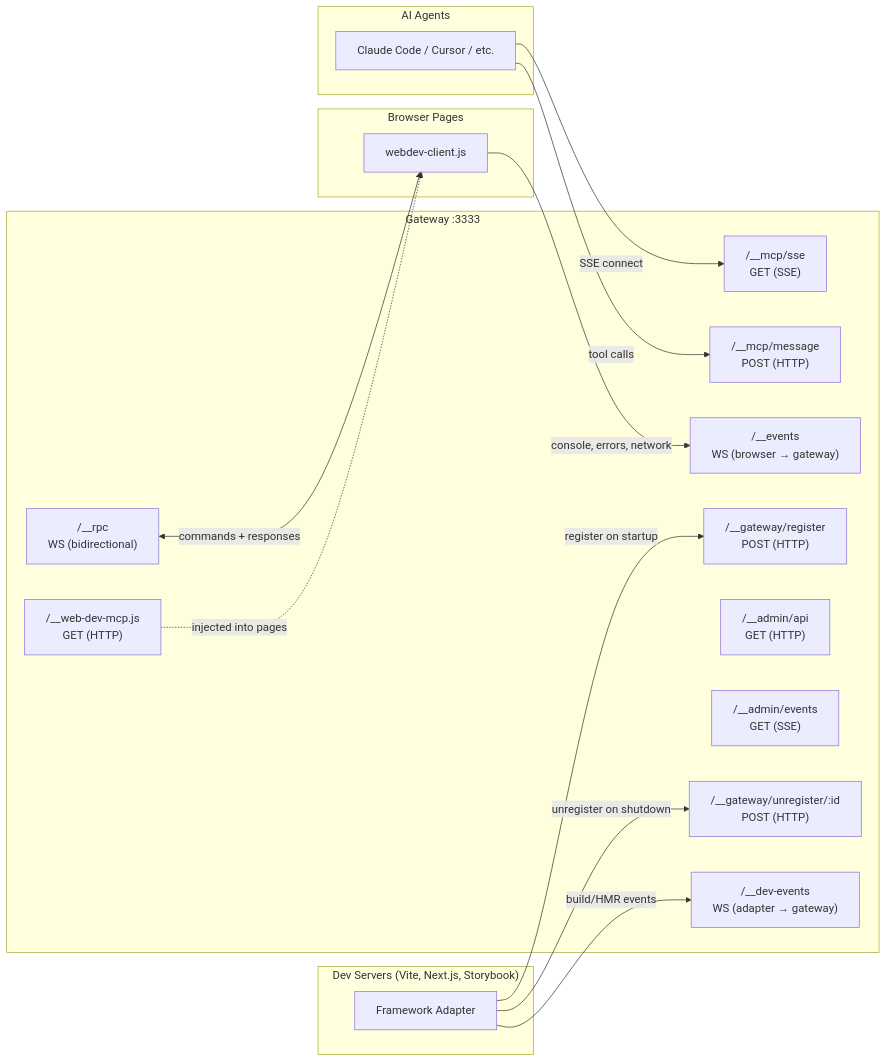
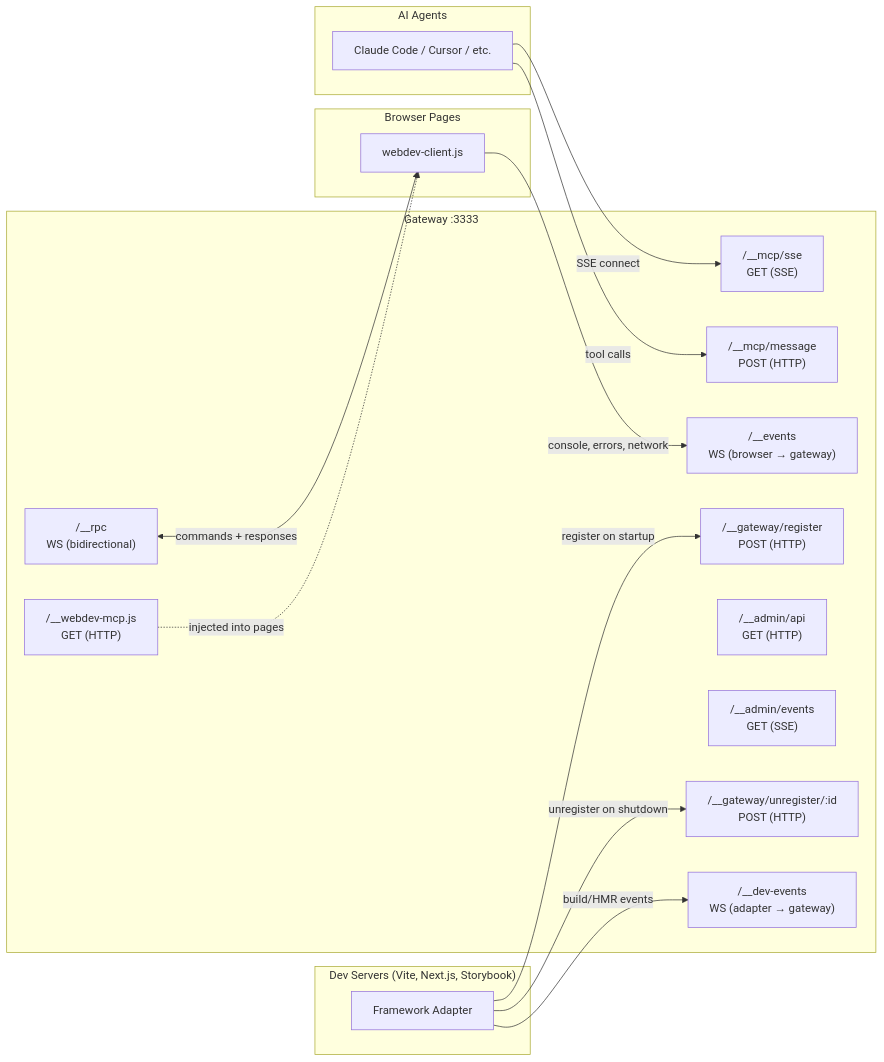
One commit to WinstonFassett/webdev-ai changed the third of 8 diagrams in docs/architecture.md. Above: the diagram before and after it, drawn with Mermaid. The commit also changed other lines of this file and 16 other files, not shown here.

Commit message:
fix: update references from web-dev-mcp to webdev-mcp across documentation and code

````diff
--- a/docs/architecture.md
+++ b/docs/architecture.md
@@ -104,41 +104,41 @@
 ```mermaid
 graph LR
     subgraph "Dev Servers (Vite, Next.js, Storybook)"
         ADAPTER["Framework Adapter"]
     end
 
     subgraph "Gateway :3333"
         REG["/__gateway/register<br/>POST (HTTP)"]
         UNREG["/__gateway/unregister/:id<br/>POST (HTTP)"]
         EVENTS_WS["/__events<br/>WS (browser → gateway)"]
         DEV_WS["/__dev-events<br/>WS (adapter → gateway)"]
         RPC_WS["/__rpc<br/>WS (bidirectional)"]
         ADMIN_API["/__admin/api<br/>GET (HTTP)"]
         ADMIN_SSE["/__admin/events<br/>GET (SSE)"]
         MCP_SSE["/__mcp/sse<br/>GET (SSE)"]
         MCP_MSG["/__mcp/message<br/>POST (HTTP)"]
-        CLIENT_JS["/__web-dev-mcp.js<br/>GET (HTTP)"]
+        CLIENT_JS["/__webdev-mcp.js<br/>GET (HTTP)"]
     end
 
     subgraph "Browser Pages"
         CLIENT["webdev-client.js"]
     end
 
     subgraph "AI Agents"
         AGENT["Claude Code / Cursor / etc."]
     end
 
     %% Adapter registration
     ADAPTER -->|"register on startup"| REG
     ADAPTER -->|"unregister on shutdown"| UNREG
     ADAPTER -->|"build/HMR events"| DEV_WS
 
     %% Browser connections
     CLIENT -->|"console, errors, network"| EVENTS_WS
     RPC_WS <-->|"commands + responses"| CLIENT
     CLIENT_JS -.->|"injected into pages"| CLIENT
 
     %% Agent connections
     AGENT -->|"SSE connect"| MCP_SSE
     AGENT -->|"tool calls"| MCP_MSG
 ```
````
